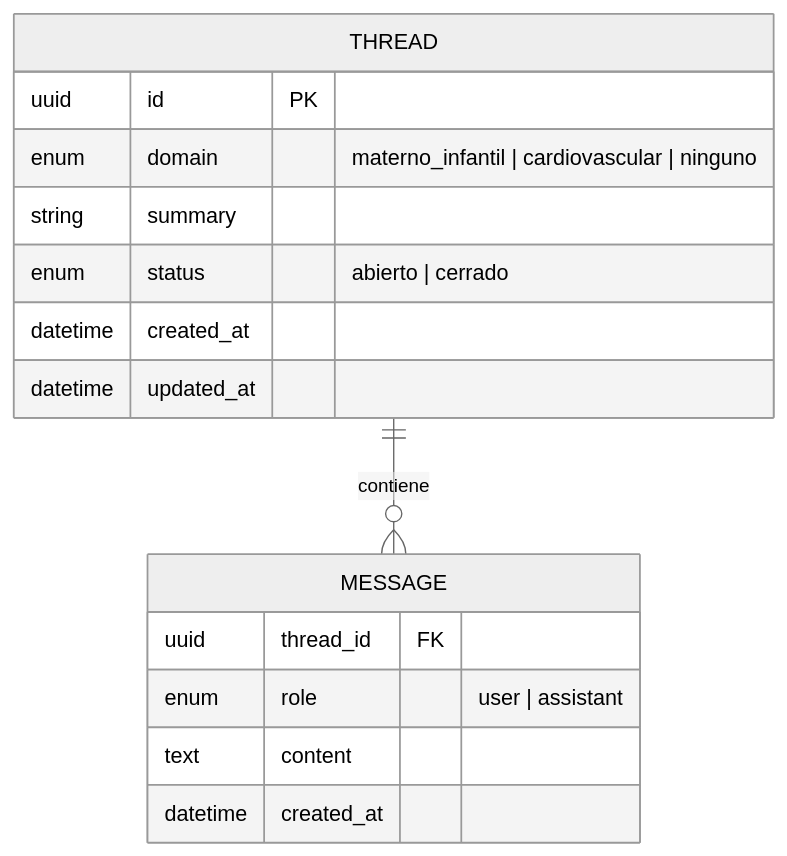
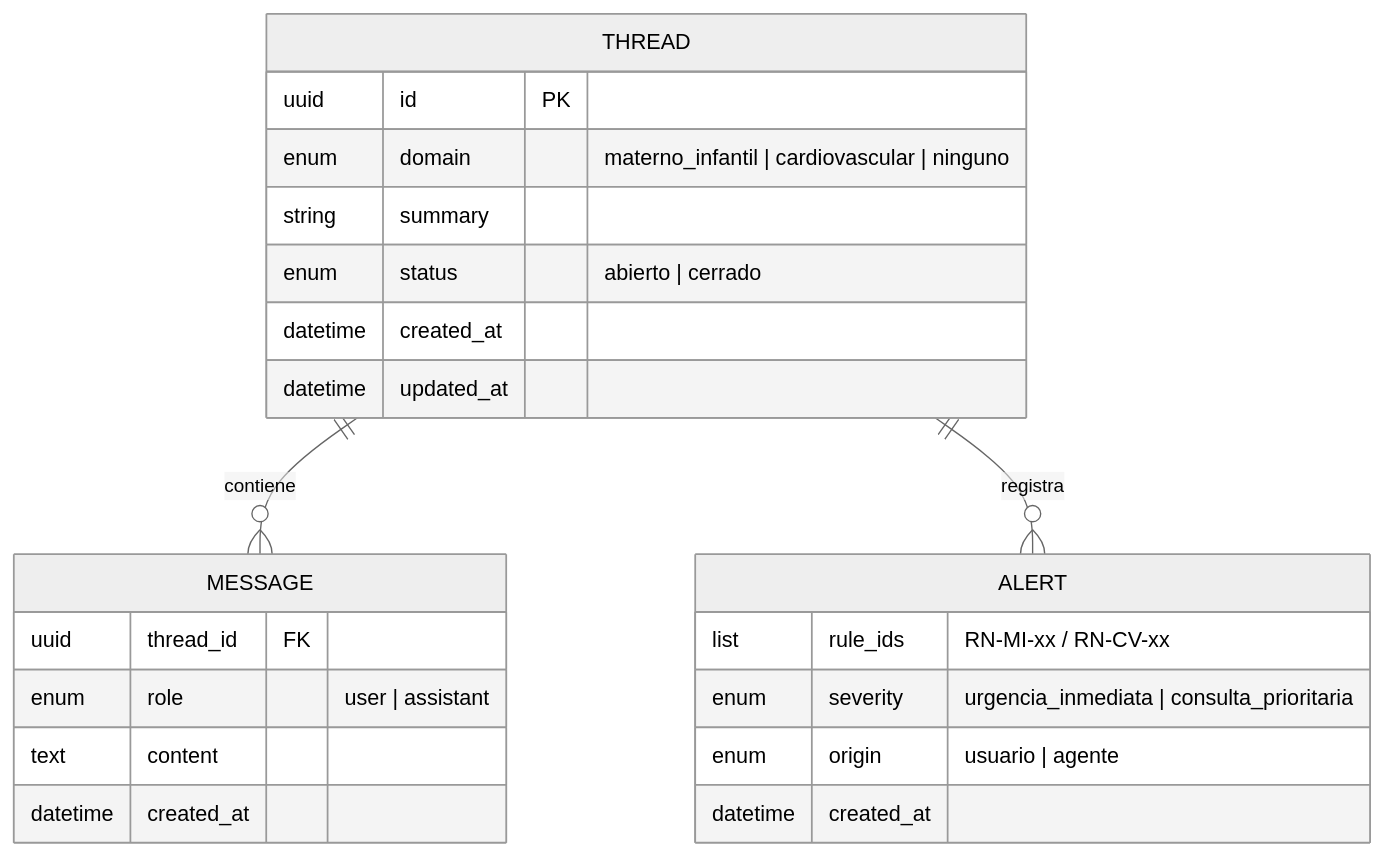
Before and after one commit to NicolasCastilloGaleano/chatbot-cardio-materno: the first of 2 diagrams in docs/04-datos/modelo-datos.md, drawn with Mermaid (neutral theme). The commit also changed other lines of this file and 51 other files, not shown here.

````diff
--- a/docs/04-datos/modelo-datos.md
+++ b/docs/04-datos/modelo-datos.md
@@ -8,18 +8,25 @@
 ```mermaid
 erDiagram
     THREAD ||--o{ MESSAGE : contiene
+    THREAD ||--o{ ALERT : registra
     THREAD {
         uuid id PK
         enum domain "materno_infantil | cardiovascular | ninguno"
         string summary
         enum status "abierto | cerrado"
         datetime created_at
         datetime updated_at
     }
     MESSAGE {
         uuid thread_id FK
         enum role "user | assistant"
         text content
         datetime created_at
     }
+    ALERT {
+        list rule_ids "RN-MI-xx / RN-CV-xx"
+        enum severity "urgencia_inmediata | consulta_prioritaria"
+        enum origin "usuario | agente"
+        datetime created_at
+    }
 ```
````
